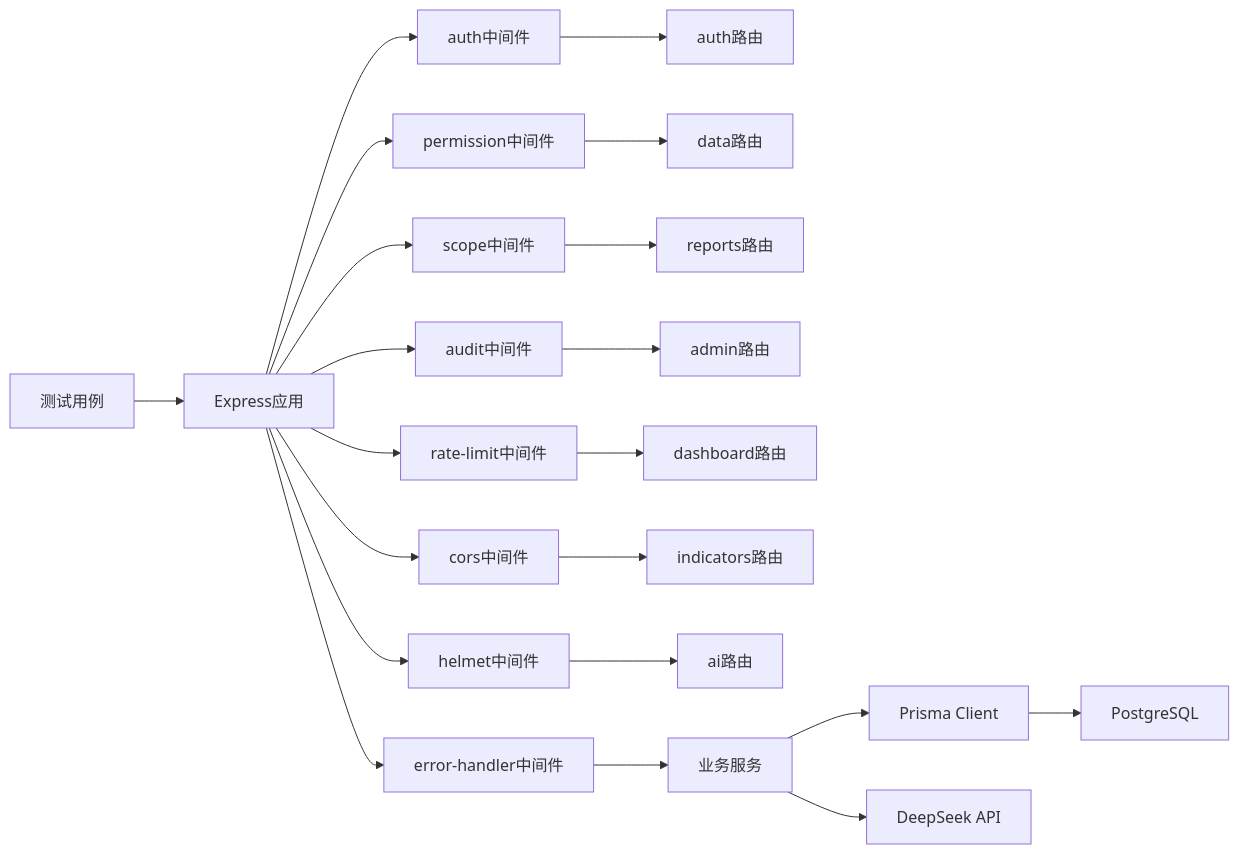
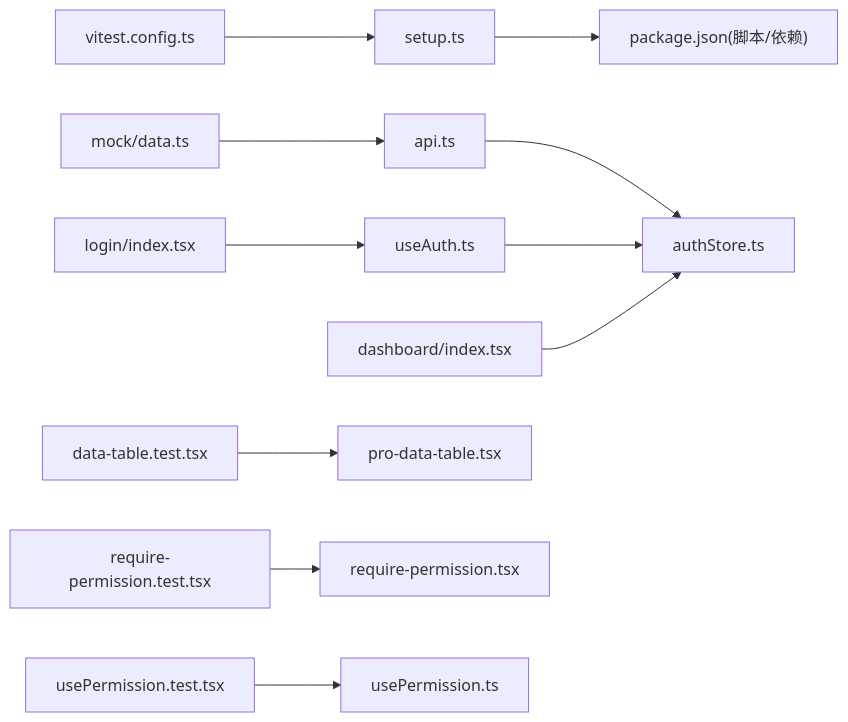
One commit to Damao997/newproject changed the ninth of 9 diagrams in .qoder/repowiki/zh/content/测试策略/集成测试.md. Above: the diagram before and after it, drawn with Mermaid. The commit also changed other lines of this file and 391 other files, not shown here.

````diff
--- a/.qoder/repowiki/zh/content/测试策略/集成测试.md
+++ b/.qoder/repowiki/zh/content/测试策略/集成测试.md
@@ -306,23 +358,13 @@
 ```mermaid
 graph LR
-TEST["测试用例"] --> APP["Express应用"]
-APP --> AUTH["auth中间件"]
-APP --> PERM["permission中间件"]
-APP --> SCOPE["scope中间件"]
-APP --> AUDIT["audit中间件"]
-APP --> RATE["rate-limit中间件"]
-APP --> CORS["cors中间件"]
-APP --> HELMET["helmet中间件"]
-APP --> ERR["error-handler中间件"]
-AUTH --> ROUTE_AUTH["auth路由"]
-PERM --> ROUTE_DATA["data路由"]
-SCOPE --> ROUTE_REPORTS["reports路由"]
-AUDIT --> ROUTE_ADMIN["admin路由"]
-RATE --> ROUTE_DASHBOARD["dashboard路由"]
-CORS --> ROUTE_INDICATORS["indicators路由"]
-HELMET --> ROUTE_AI["ai路由"]
-ERR --> SVC["业务服务"]
-SVC --> PRISMA["Prisma Client"]
-PRISMA --> DB["PostgreSQL"]
-SVC --> DEEPSEEK["DeepSeek API"]
+V["vitest.config.ts"] --> S["setup.ts"]
+S --> Pkg["package.json(脚本/依赖)"]
+A["api.ts"] --> ST["authStore.ts"]
+U["useAuth.ts"] --> ST
+L["login/index.tsx"] --> U
+D["dashboard/index.tsx"] --> ST
+DT["data-table.test.tsx"] --> PT["pro-data-table.tsx"]
+RP["require-permission.test.tsx"] --> R["require-permission.tsx"]
+UP["usePermission.test.tsx"] --> UPK["usePermission.ts"]
+M["mock/data.ts"] --> A
 ```
````
